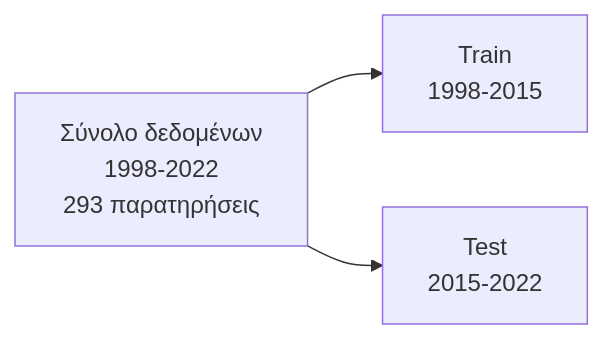
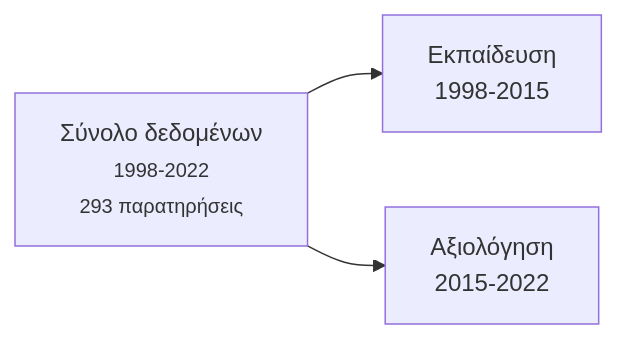
Before and after one commit to stesiam/stesiam.github.io: the first of 2 diagrams in posts/forecasting-greek-unemployment/index.el.qmd, drawn with Mermaid. The commit also changed other lines of this file and 2 other files, not shown here.

Commit message:
Update website

````diff
--- a/posts/forecasting-greek-unemployment/index.el.qmd
+++ b/posts/forecasting-greek-unemployment/index.el.qmd
@@ -1672,7 +1672,7 @@
 ```{mermaid}
 flowchart LR
-    A[Σύνολο δεδομένων <br> 1998-2022 <br> 293 παρατηρήσεις]
+    A[Σύνολο δεδομένων <br> <small>1998-2022 <br> 293 παρατηρήσεις</small>]
 
-    A --> B[Train <br> 1998-2015]
-    A --> C[Test <br> 2015-2022]
+    A --> B[Εκπαίδευση <br> 1998-2015]
+    A --> C[Αξιολόγηση <br> 2015-2022]
 ```
````
